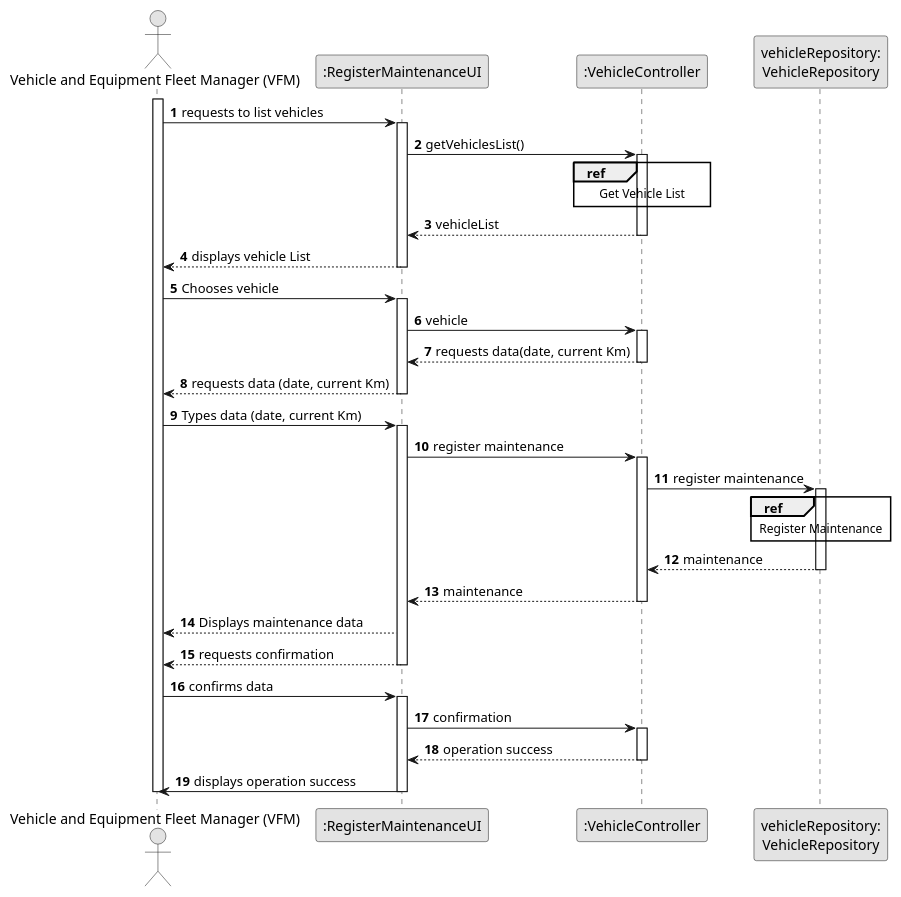
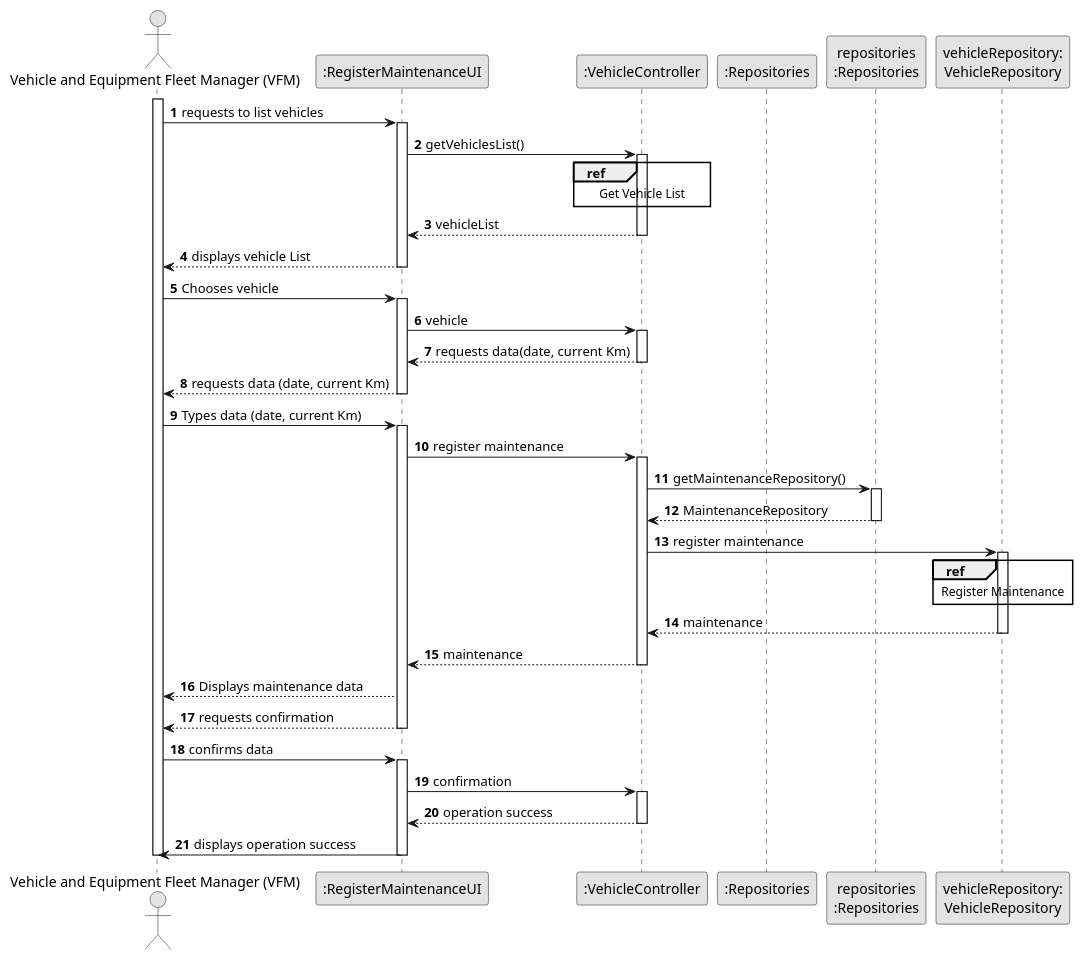
Before and after one commit to RicardoMorim/lapr2-ISEP-Project: the diagram in docs/sprintB/us007/03.design/puml/us007-sequence-diagram-split.puml, drawn with PlantUML. The commit also changed 9 other files, not shown here.

```diff
--- a/docs/sprintB/us007/03.design/puml/us007-sequence-diagram-split.puml
+++ b/docs/sprintB/us007/03.design/puml/us007-sequence-diagram-split.puml
@@ -1,79 +1,87 @@
 @startuml
 skinparam monochrome true
 skinparam packageStyle rectangle
 skinparam shadowing false
 
 autonumber
 
 'hide footbox
 actor "Vehicle and Equipment Fleet Manager (VFM)" as VFM
 participant ":RegisterMaintenanceUI" as UI
 participant ":VehicleController" as CTRL
+participant ":Repositories" as RepositorySingleton
+participant "repositories\n:Repositories" as PLAT
 participant "vehicleRepository:\nVehicleRepository" as VehicleRepository
 
 activate VFM
 
     VFM -> UI : requests to list vehicles
     activate UI
 
         UI -> CTRL : getVehiclesList()
         activate CTRL
 
              ref over CTRL
                 Get Vehicle List
              end ref
 
             CTRL --> UI : vehicleList
             deactivate CTRL
 
             UI --> VFM : displays vehicle List
             deactivate UI
 
             VFM -> UI : Chooses vehicle
             activate UI
 
             UI -> CTRL : vehicle
             activate CTRL
 
             CTRL --> UI : requests data(date, current Km)
             deactivate CTRL
 
             UI --> VFM : requests data (date, current Km)
             deactivate
 
             VFM -> UI : Types data (date, current Km)
             activate UI
 
 
             UI -> CTRL : register maintenance
             activate CTRL
 
+            CTRL -> PLAT : getMaintenanceRepository()
+            activate PLAT
+
+            PLAT --> CTRL : MaintenanceRepository
+            deactivate
+
             CTRL -> VehicleRepository : register maintenance
             activate VehicleRepository
 
                 ref over VehicleRepository
                     Register Maintenance
                 end
 
             CTRL <-- VehicleRepository : maintenance
             deactivate
 
                CTRL --> UI: maintenance
                deactivate
                UI --> VFM : Displays maintenance data
                UI --> VFM : requests confirmation
                deactivate
                VFM -> UI : confirms data
                activate UI
 
                UI -> CTRL : confirmation
                activate CTRL
 
                CTRL --> UI : operation success
                deactivate
                UI -> VFM : displays operation success
                deactivate
 
                deactivate VFM
 
 @enduml
```
